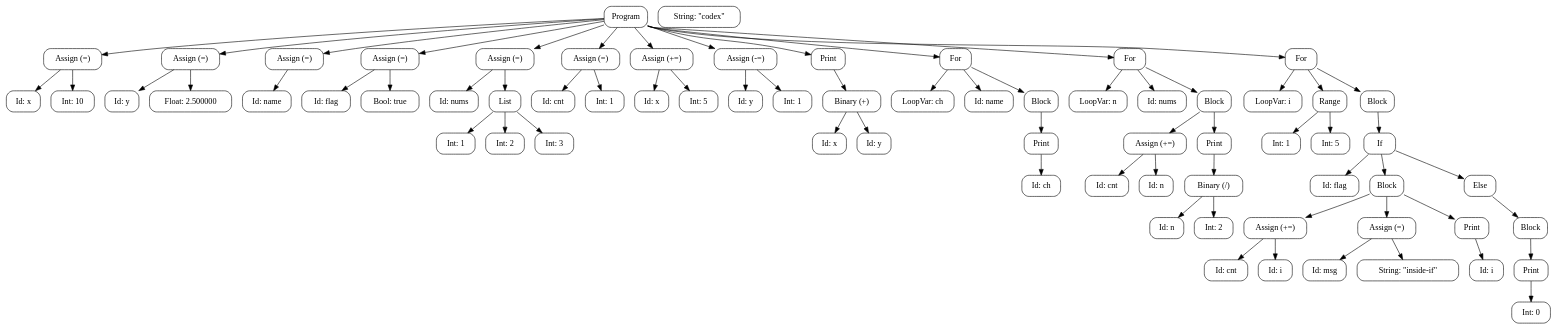
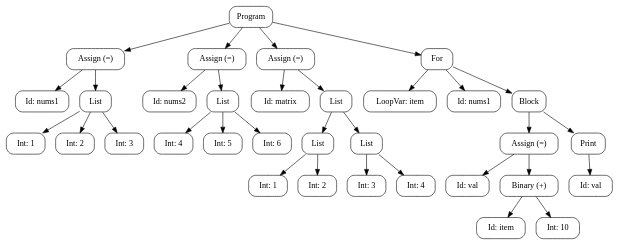
Before and after one commit to arkodasgupta0412/Python-lite-Compiler: the diagram in docs/ast.dot, drawn with Graphviz. The commit also changed 56 other files, not shown here.

```diff
--- a/docs/ast.dot
+++ b/docs/ast.dot
@@ -1,142 +1,69 @@
 digraph AST {
   rankdir=TB;
   node [shape=box, style=rounded, fontname="Consolas"];
   n0 [label="Program"];
   n1 [label="Assign (=)"];
-  n2 [label="Id: x"];
-  n3 [label="Int: 10"];
+  n2 [label="Id: nums1"];
+  n3 [label="List"];
+  n4 [label="Int: 1"];
+  n3 -> n4;
+  n5 [label="Int: 2"];
+  n3 -> n5;
+  n6 [label="Int: 3"];
+  n3 -> n6;
   n1 -> n2;
   n1 -> n3;
   n0 -> n1;
-  n4 [label="Assign (=)"];
-  n5 [label="Id: y"];
-  n6 [label="Float: 2.500000"];
-  n4 -> n5;
-  n4 -> n6;
-  n0 -> n4;
   n7 [label="Assign (=)"];
-  n8 [label="Id: name"];
-  n9 [label="String: \"codex\""];
+  n8 [label="Id: nums2"];
+  n9 [label="List"];
+  n10 [label="Int: 4"];
+  n9 -> n10;
+  n11 [label="Int: 5"];
+  n9 -> n11;
+  n12 [label="Int: 6"];
+  n9 -> n12;
   n7 -> n8;
+  n7 -> n9;
   n0 -> n7;
-  n10 [label="Assign (=)"];
-  n11 [label="Id: flag"];
-  n12 [label="Bool: true"];
-  n10 -> n11;
-  n10 -> n12;
-  n0 -> n10;
   n13 [label="Assign (=)"];
-  n14 [label="Id: nums"];
+  n14 [label="Id: matrix"];
   n15 [label="List"];
-  n16 [label="Int: 1"];
+  n16 [label="List"];
+  n17 [label="Int: 1"];
+  n16 -> n17;
+  n18 [label="Int: 2"];
+  n16 -> n18;
   n15 -> n16;
-  n17 [label="Int: 2"];
-  n15 -> n17;
-  n18 [label="Int: 3"];
-  n15 -> n18;
+  n19 [label="List"];
+  n20 [label="Int: 3"];
+  n19 -> n20;
+  n21 [label="Int: 4"];
+  n19 -> n21;
+  n15 -> n19;
   n13 -> n14;
   n13 -> n15;
   n0 -> n13;
-  n19 [label="Assign (=)"];
-  n20 [label="Id: cnt"];
-  n21 [label="Int: 1"];
-  n19 -> n20;
-  n19 -> n21;
-  n0 -> n19;
-  n22 [label="Assign (+=)"];
-  n23 [label="Id: x"];
-  n24 [label="Int: 5"];
+  n22 [label="For"];
+  n23 [label="LoopVar: item"];
+  n24 [label="Id: nums1"];
+  n25 [label="Block"];
+  n26 [label="Assign (=)"];
+  n27 [label="Id: val"];
+  n28 [label="Binary (+)"];
+  n29 [label="Id: item"];
+  n28 -> n29;
+  n30 [label="Int: 10"];
+  n28 -> n30;
+  n26 -> n27;
+  n26 -> n28;
+  n25 -> n26;
+  n31 [label="Print"];
+  n32 [label="Id: val"];
+  n31 -> n32;
+  n25 -> n31;
   n22 -> n23;
   n22 -> n24;
+  n22 -> n25;
   n0 -> n22;
-  n25 [label="Assign (-=)"];
-  n26 [label="Id: y"];
-  n27 [label="Int: 1"];
-  n25 -> n26;
-  n25 -> n27;
-  n0 -> n25;
-  n28 [label="Print"];
-  n29 [label="Binary (+)"];
-  n30 [label="Id: x"];
-  n29 -> n30;
-  n31 [label="Id: y"];
-  n29 -> n31;
-  n28 -> n29;
-  n0 -> n28;
-  n32 [label="For"];
-  n33 [label="LoopVar: ch"];
-  n34 [label="Id: name"];
-  n35 [label="Block"];
-  n36 [label="Print"];
-  n37 [label="Id: ch"];
-  n36 -> n37;
-  n35 -> n36;
-  n32 -> n33;
-  n32 -> n34;
-  n32 -> n35;
-  n0 -> n32;
-  n38 [label="For"];
-  n39 [label="LoopVar: n"];
-  n40 [label="Id: nums"];
-  n41 [label="Block"];
-  n42 [label="Assign (+=)"];
-  n43 [label="Id: cnt"];
-  n44 [label="Id: n"];
-  n42 -> n43;
-  n42 -> n44;
-  n41 -> n42;
-  n45 [label="Print"];
-  n46 [label="Binary (/)"];
-  n47 [label="Id: n"];
-  n46 -> n47;
-  n48 [label="Int: 2"];
-  n46 -> n48;
-  n45 -> n46;
-  n41 -> n45;
-  n38 -> n39;
-  n38 -> n40;
-  n38 -> n41;
-  n0 -> n38;
-  n49 [label="For"];
-  n50 [label="LoopVar: i"];
-  n51 [label="Range"];
-  n52 [label="Int: 1"];
-  n51 -> n52;
-  n53 [label="Int: 5"];
-  n51 -> n53;
-  n54 [label="Block"];
-  n55 [label="If"];
-  n56 [label="Id: flag"];
-  n57 [label="Block"];
-  n58 [label="Assign (+=)"];
-  n59 [label="Id: cnt"];
-  n60 [label="Id: i"];
-  n58 -> n59;
-  n58 -> n60;
-  n57 -> n58;
-  n61 [label="Assign (=)"];
-  n62 [label="Id: msg"];
-  n63 [label="String: \"inside-if\""];
-  n61 -> n62;
-  n61 -> n63;
-  n57 -> n61;
-  n64 [label="Print"];
-  n65 [label="Id: i"];
-  n64 -> n65;
-  n57 -> n64;
-  n55 -> n56;
-  n55 -> n57;
-  n66 [label="Else"];
-  n55 -> n66;
-  n67 [label="Block"];
-  n68 [label="Print"];
-  n69 [label="Int: 0"];
-  n68 -> n69;
-  n67 -> n68;
-  n66 -> n67;
-  n54 -> n55;
-  n49 -> n50;
-  n49 -> n51;
-  n49 -> n54;
-  n0 -> n49;
 }
```
